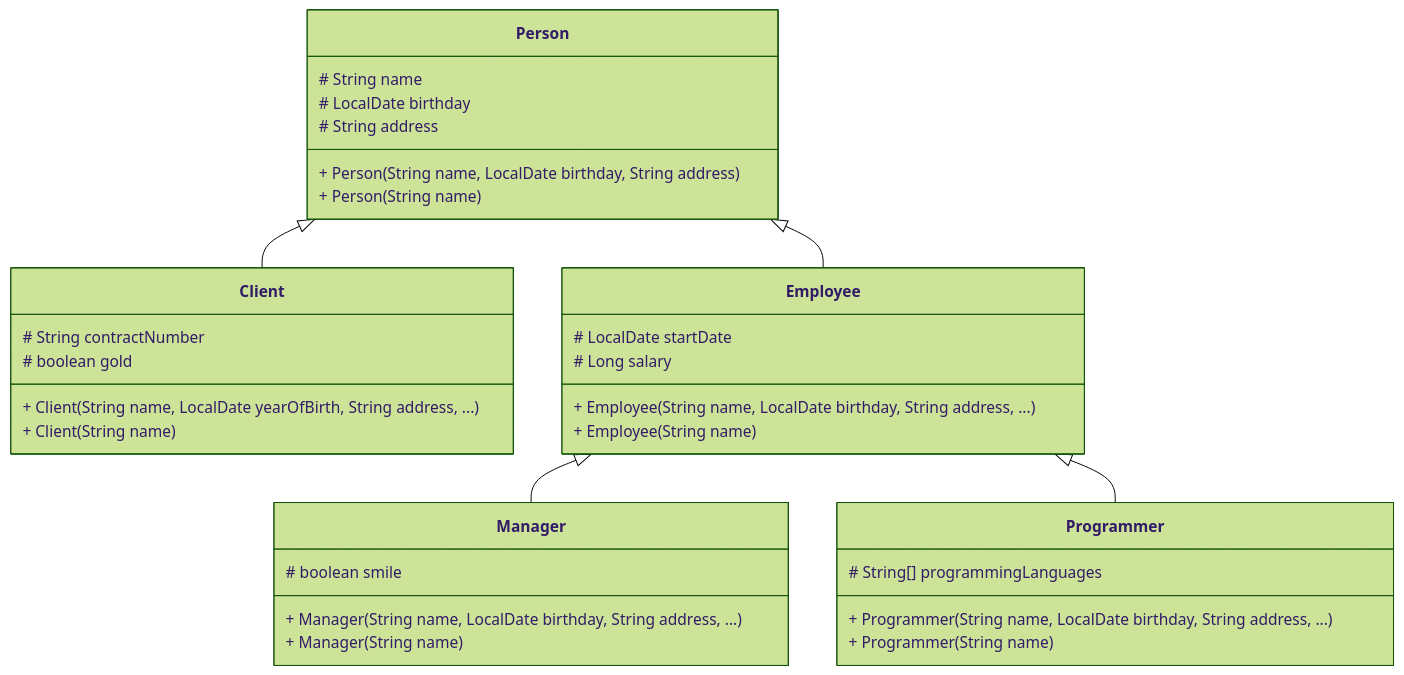
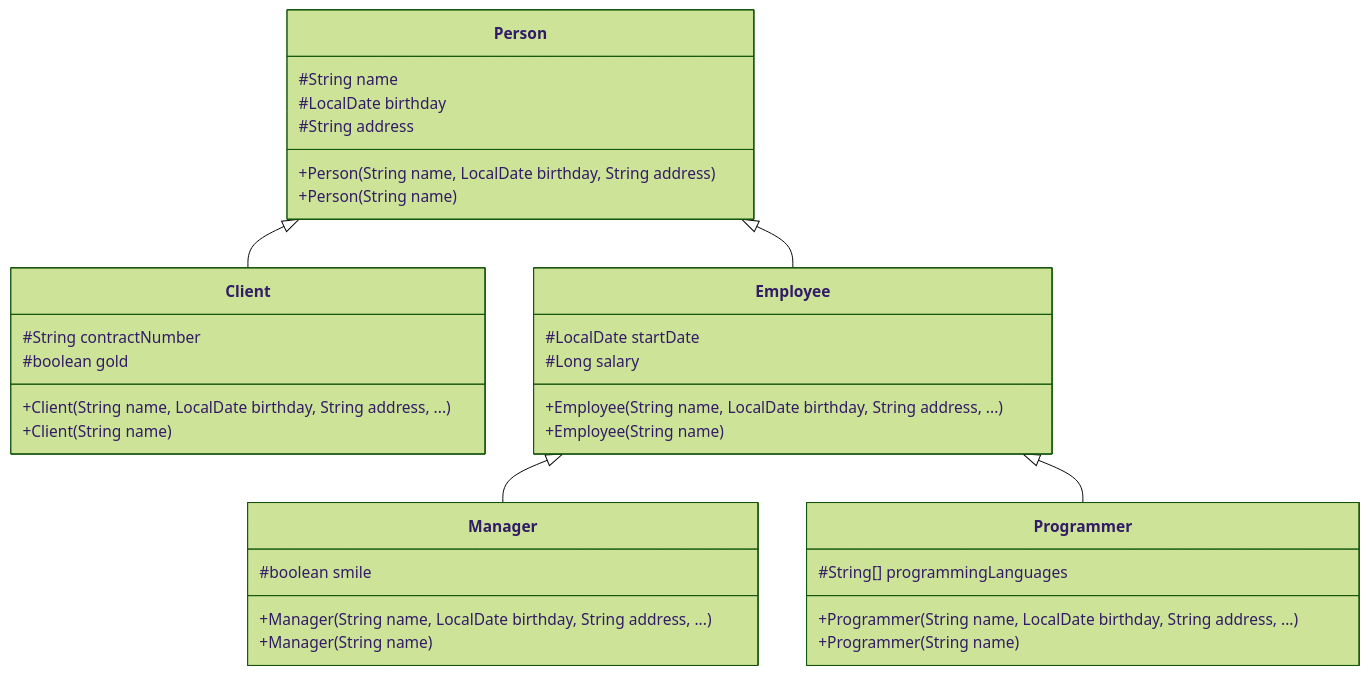
Before and after one commit to nbicocchi/learn-java-core: the second of 2 diagrams in slides/E3.2 - Java Classes (Inheritance + Polymorphism).md, drawn with Mermaid (forest theme). The commit also changed other lines of this file and 1 other file, not shown here.

````diff
--- a/slides/E3.2 - Java Classes (Inheritance + Polymorphism).md
+++ b/slides/E3.2 - Java Classes (Inheritance + Polymorphism).md
@@ -86,41 +93,41 @@
 ```mermaid
 classDiagram
   class Person {
-    # String name
-    # LocalDate birthday
-    # String address
-    + Person(String name, LocalDate birthday, String address)
-    + Person(String name)
+    #String name
+    #LocalDate birthday
+    #String address
+    +Person(String name, LocalDate birthday, String address)
+    +Person(String name)
   }
 
   class Client {
-    # String contractNumber
-    # boolean gold
-    + Client(String name, LocalDate yearOfBirth, String address, ... )
-    + Client(String name)
+    #String contractNumber
+    #boolean gold
+    +Client(String name, LocalDate birthday, String address, ...)
+    +Client(String name)
   }
 
   class Employee {
-    # LocalDate startDate
-    # Long salary
-    + Employee(String name, LocalDate birthday, String address, ... )
-    + Employee(String name)
+    #LocalDate startDate
+    #Long salary
+    +Employee(String name, LocalDate birthday, String address, ...)
+    +Employee(String name)
   }
 
   class Manager {
-    # boolean smile
-    + Manager(String name, LocalDate birthday, String address, ... )
-    + Manager(String name)
+    #boolean smile
+    +Manager(String name, LocalDate birthday, String address, ...)
+    +Manager(String name)
   }
 
   class Programmer {
-    # String[] programmingLanguages
-    + Programmer(String name, LocalDate birthday, String address, ...)
-    + Programmer(String name)
+    #String[] programmingLanguages
+    +Programmer(String name, LocalDate birthday, String address, ...)
+    +Programmer(String name)
   }
 
   Person <|-- Client
   Person <|-- Employee
   Employee <|-- Manager
   Employee <|-- Programmer
 ```
````
